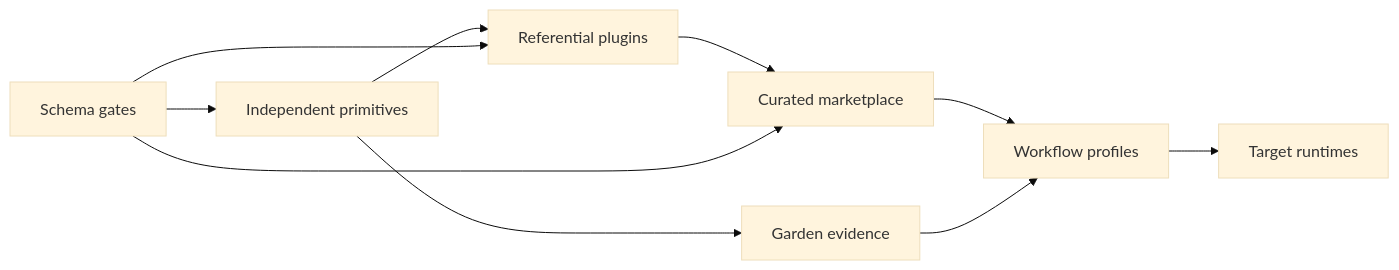
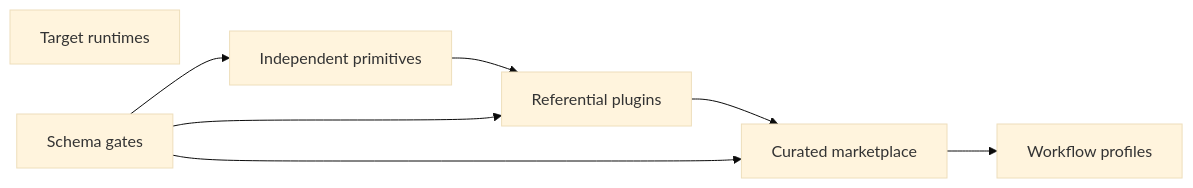
The diagram in docs/index.md (amichne/intelligence), drawn with Mermaid (base theme) before and after one commit. The commit also changed other lines of this file and 247 other files, not shown here.

````diff
--- a/docs/index.md
+++ b/docs/index.md
@@ -12,17 +11,14 @@
 ```mermaid
 flowchart LR
   primitive[Independent primitives]
   plugin[Referential plugins]
   marketplace[Curated marketplace]
   profile[Workflow profiles]
   runtime[Target runtimes]
-  evidence[Garden evidence]
   schemas[Schema gates]
 
-  primitive --> plugin --> marketplace --> profile --> runtime
+  primitive --> plugin --> marketplace --> profile
   schemas --> primitive
   schemas --> plugin
   schemas --> marketplace
-  primitive --> evidence
-  evidence --> profile
 ```
````
